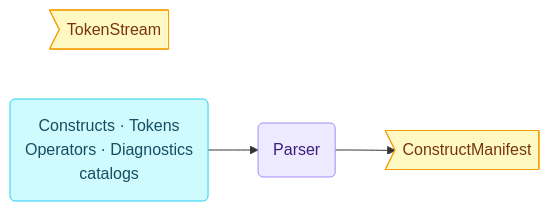
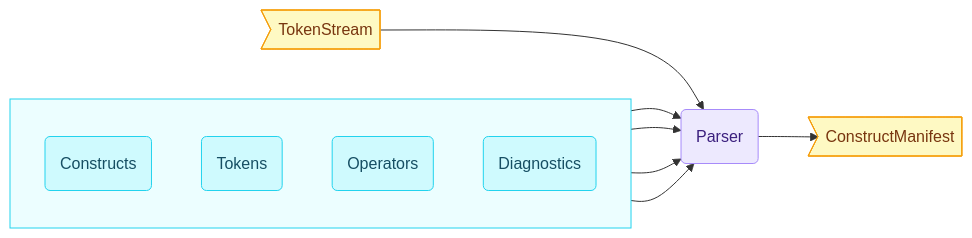
One commit to sfalik/Precept changed the third of 10 diagrams in docs/compiler-and-runtime-design.md. Above: the diagram before and after it, drawn with Mermaid. The commit also changed other lines of this file, not shown here.

First line of the commit message:
docs: expand per-stage pipeline diagrams with individual catalog nodes

````diff
--- a/docs/compiler-and-runtime-design.md
+++ b/docs/compiler-and-runtime-design.md
@@ -291,14 +293,28 @@
 ```mermaid
 flowchart LR
     classDef input   fill:#dbeafe,stroke:#60a5fa,color:#1e3a5f
     classDef catalog fill:#cffafe,stroke:#22d3ee,color:#164e63
     classDef stage   fill:#ede9fe,stroke:#a78bfa,color:#3b1f7e
     classDef out     fill:#fef9c3,stroke:#f59e0b,color:#78350f
 
     TS>"TokenStream"]:::out
-    CAT("Constructs · Tokens<br/>Operators · Diagnostics<br/>catalogs"):::catalog
     PAR(Parser):::stage
     OUT>"ConstructManifest"]:::out
-    CAT --> PAR
+
+    subgraph CATS[" "]
+        direction TB
+        CCON("Constructs"):::catalog
+        CTOK("Tokens"):::catalog
+        COPR("Operators"):::catalog
+        CDIA("Diagnostics"):::catalog
+    end
+
+    style CATS fill:#ecfeff,stroke:#22d3ee,color:#164e63
+
+    TS --> PAR
+    CCON --> PAR
+    CTOK --> PAR
+    COPR --> PAR
+    CDIA --> PAR
     PAR --> OUT
 ```
````
